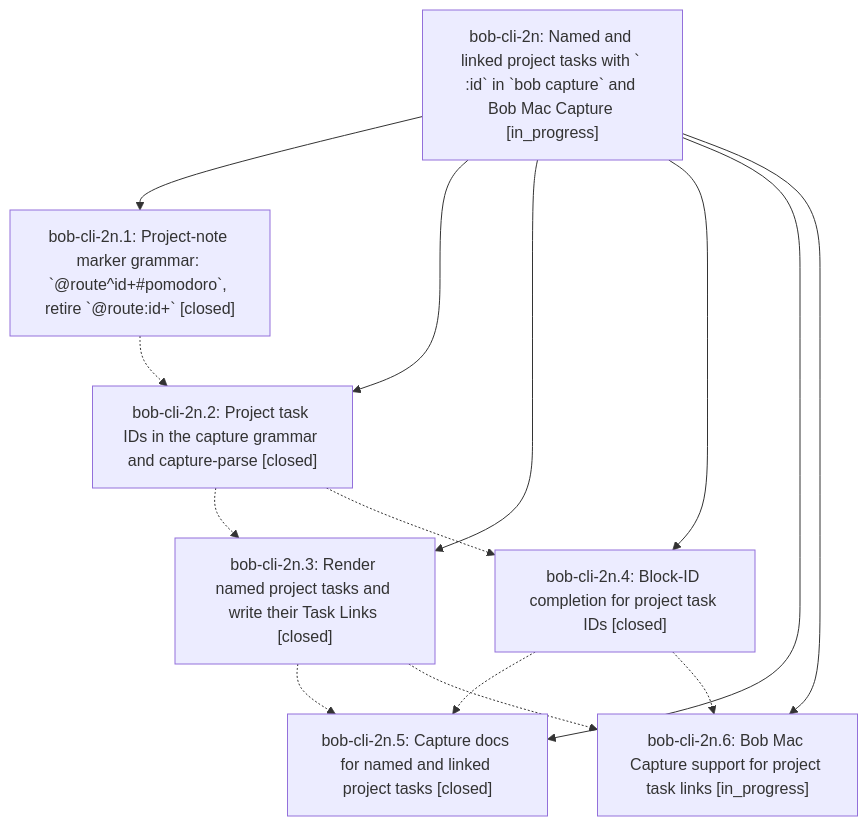
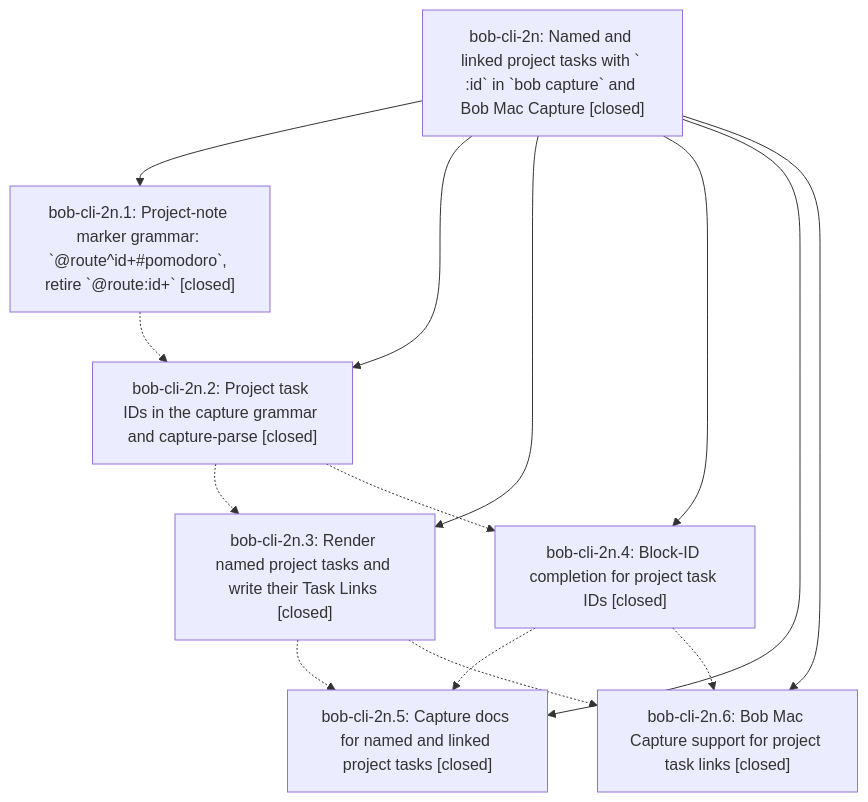
One commit to bobs-org/bob-cli--beads changed the diagram in pages/bob-cli-2n/README.md. Above: the diagram before and after it, drawn with Mermaid. The commit also changed other lines of this file and 4 other files, not shown here.

First line of the commit message:
chore(beads): sync bead state and pages for bob-cli-2n

````diff
--- a/pages/bob-cli-2n/README.md
+++ b/pages/bob-cli-2n/README.md
@@ -27,23 +33,23 @@
 ```mermaid
 flowchart TD
-    n0["bob-cli-2n: Named and linked project tasks with ` :id` in `bob capture` and Bob Mac Capture [in_progress]"]
+    n0["bob-cli-2n: Named and linked project tasks with ` :id` in `bob capture` and Bob Mac Capture [closed]"]
     n1["bob-cli-2n.1: Project-note marker grammar: `@route^id+#pomodoro`, retire `@route:id+` [closed]"]
     n2["bob-cli-2n.2: Project task IDs in the capture grammar and capture-parse [closed]"]
     n3["bob-cli-2n.3: Render named project tasks and write their Task Links [closed]"]
     n4["bob-cli-2n.4: Block-ID completion for project task IDs [closed]"]
     n5["bob-cli-2n.5: Capture docs for named and linked project tasks [closed]"]
-    n6["bob-cli-2n.6: Bob Mac Capture support for project task links [in_progress]"]
+    n6["bob-cli-2n.6: Bob Mac Capture support for project task links [closed]"]
     n0 --> n1
     n0 --> n2
     n0 --> n3
     n0 --> n4
     n0 --> n5
     n0 --> n6
     n1 -.-> n2
     n2 -.-> n3
     n2 -.-> n4
     n3 -.-> n5
     n3 -.-> n6
     n4 -.-> n5
     n4 -.-> n6
 ```
````
